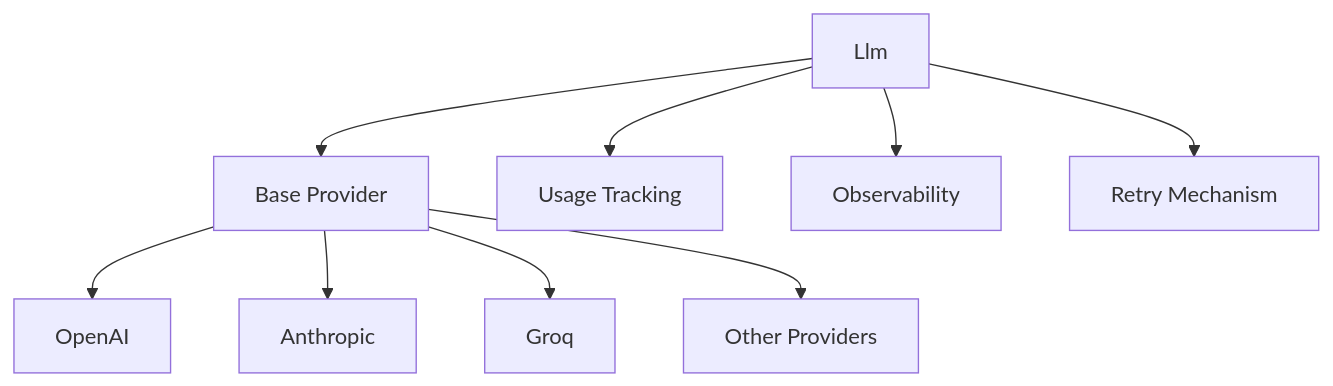
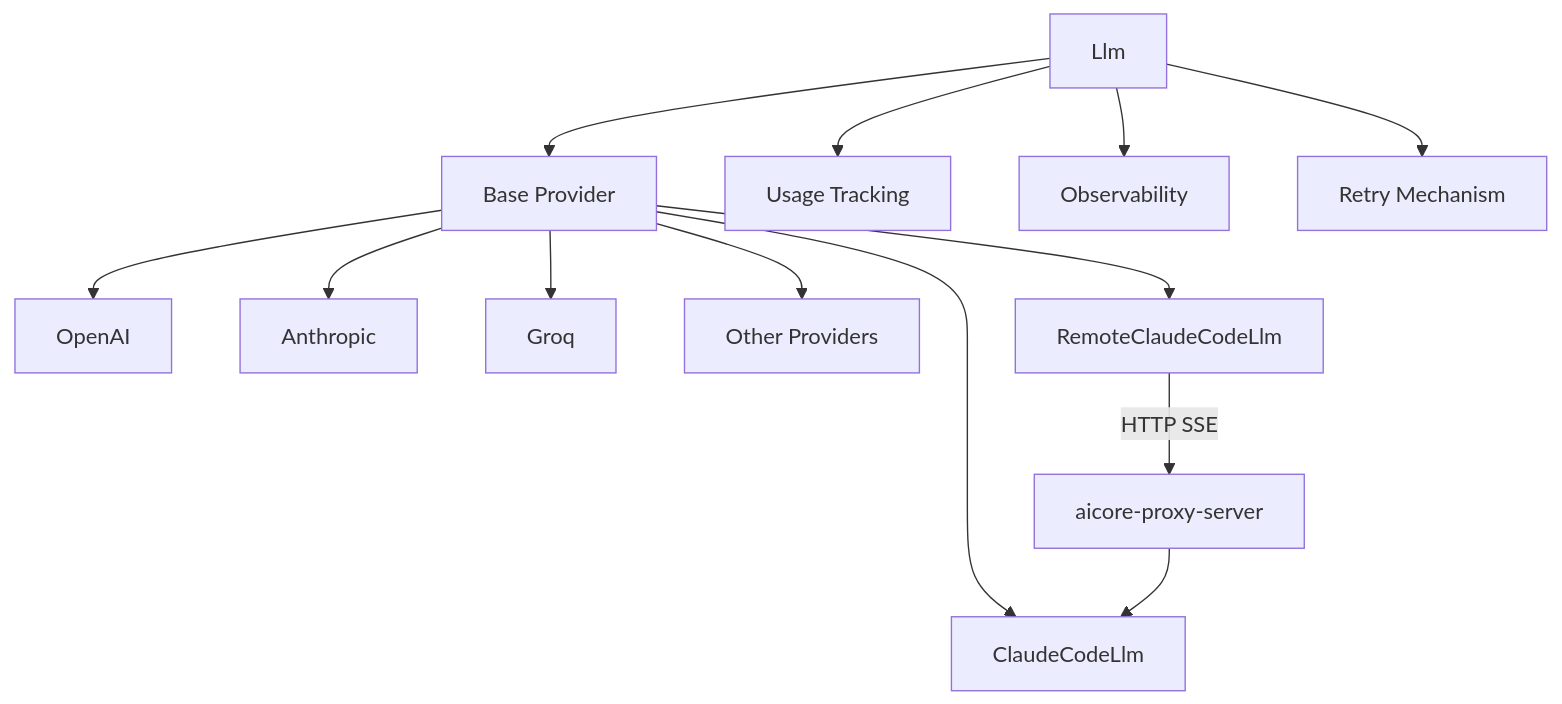
One commit to BrunoV21/AiCore changed the diagram in docs/llm/overview.md. Above: the diagram before and after it, drawn with Mermaid. The commit also changed other lines of this file and 7 other files, not shown here.

First line of the commit message:
docs: add remote claude code provider and proxy server documentation

````diff
--- a/docs/llm/overview.md
+++ b/docs/llm/overview.md
@@ -8,11 +8,15 @@
 ```mermaid
 graph TD
     A[Llm] --> B[Base Provider]
     B --> C[OpenAI]
     B --> D[Anthropic]
     B --> E[Groq]
     B --> F[Other Providers]
+    B --> CC[ClaudeCodeLlm]
+    B --> RC[RemoteClaudeCodeLlm]
+    RC -->|HTTP SSE| PS[aicore-proxy-server]
+    PS --> CC
     A --> G[Usage Tracking]
     A --> H[Observability]
     A --> I[Retry Mechanism]
 ```
````
